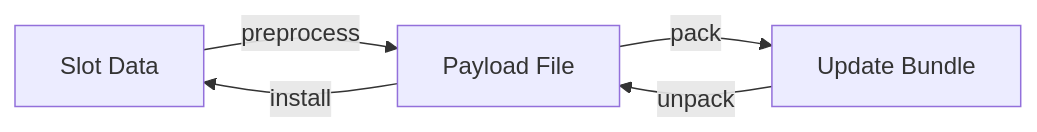
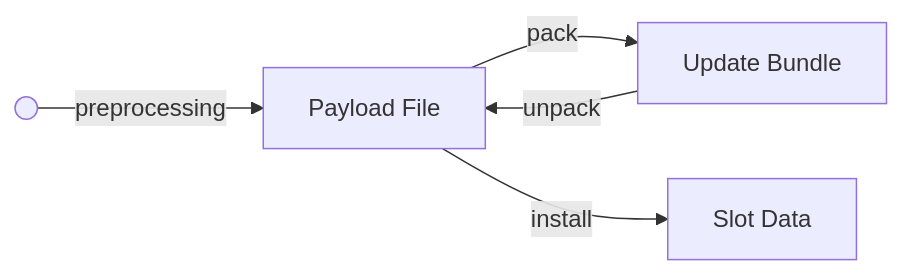
The diagram in docs/ctrl/advanced/update-bundles.mdx (rugix/rugix-docs), drawn with Mermaid before and after one commit. The commit also changed other lines of this file, not shown here.

````diff
--- a/docs/ctrl/advanced/update-bundles.mdx
+++ b/docs/ctrl/advanced/update-bundles.mdx
@@ -32,7 +38,8 @@
 ```mermaid
 flowchart LR
-    slot_data[Slot Data] -- preprocess --> payload_file[Payload File]
+    root(( ))
+    root -- preprocessing --> payload_file[Payload File]
     payload_file -- pack --> update_bundle[Update Bundle]
-    payload_file -- install --> slot_data
     update_bundle -- unpack --> payload_file
+    payload_file -- install --> slot_data[Slot Data]
 ```
````
